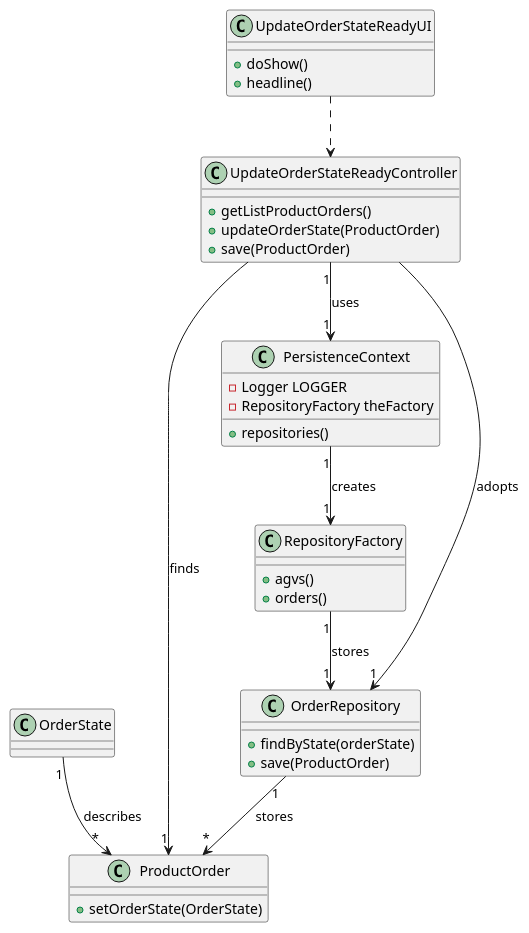
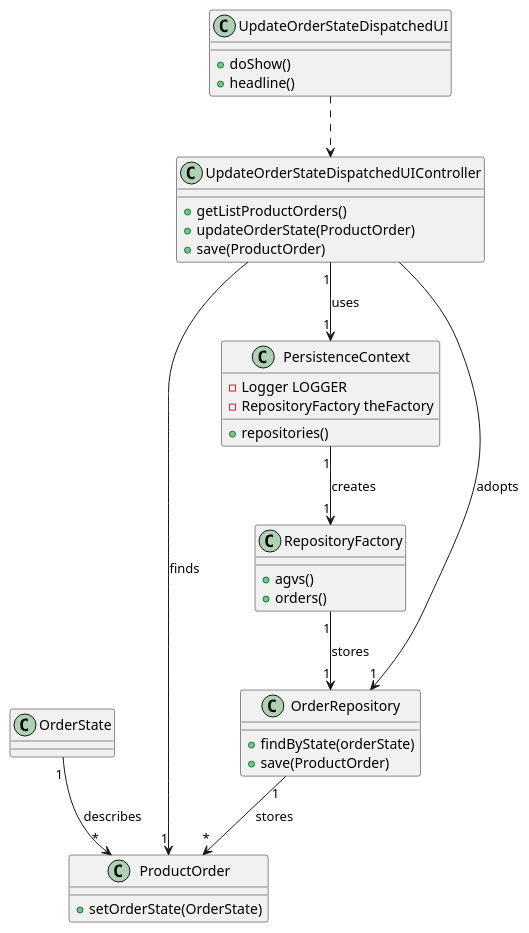
One commit to RuiRioPina/LAPR4-21-22 changed the diagram in docs/1191008/US2004/US2004_CD.puml. Above: the diagram before and after it, drawn with PlantUML. The commit also changed 1 other file, not shown here.

```diff
--- a/docs/1191008/US2004/US2004_CD.puml
+++ b/docs/1191008/US2004/US2004_CD.puml
@@ -1,51 +1,51 @@
 @startuml
 
-class "UpdateOrderStateReadyUI" as UI{
+class "UpdateOrderStateDispatchedUI" as UI{
   +doShow()
   +headline()
 }
 
-class "UpdateOrderStateReadyController" as CTRL {
+class "UpdateOrderStateDispatchedUIController" as CTRL {
   +getListProductOrders()
   +updateOrderState(ProductOrder)
   +save(ProductOrder)
 }
 
 class "OrderRepository" as OREPO {
   +findByState(orderState)
   +save(ProductOrder)
 }
 
 class "ProductOrder" as ORDER {
   +setOrderState(OrderState)
 }
 
 class "OrderState" as STATE {
 
 }
 
 class "PersistenceContext" as PCON {
   -Logger LOGGER
   -RepositoryFactory theFactory
   +repositories()
 }
 
 class "RepositoryFactory" as REPOFAC {
   +agvs()
   +orders()
 }
 
 UI ..> CTRL
 CTRL ->"1" OREPO : adopts
 CTRL -> "1" ORDER : finds
 
 CTRL "1" --> "1" PCON : uses
 PCON "1" --> "1" REPOFAC : creates
 
 REPOFAC "1" --> "1" OREPO : stores
 
 OREPO "1" --> "*" ORDER : stores
 
 STATE "1" --> "*" ORDER : describes
 
 @enduml
```
